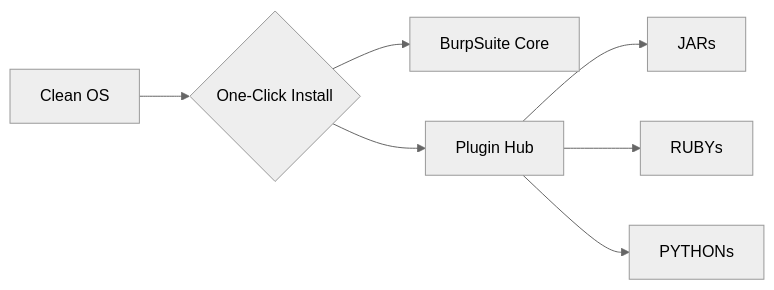
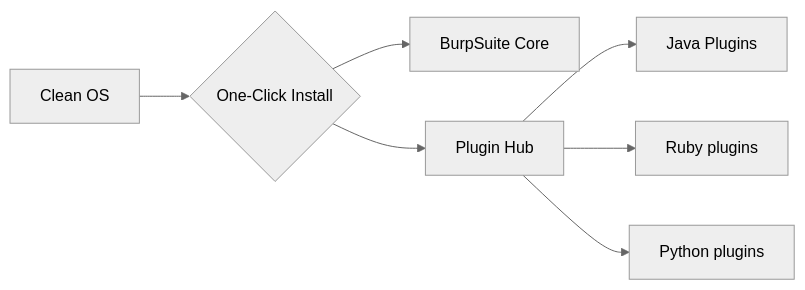
The diagram in README.md (oneclick-burp/BurpFusion-Core), drawn with Mermaid (neutral theme) before and after one commit. The commit also changed other lines of this file, not shown here.

````diff
--- a/README.md
+++ b/README.md
@@ -40,9 +40,9 @@
 ```mermaid
 graph LR
 A[Clean OS] --> B{One-Click Install}
 B --> C[BurpSuite Core]
 B --> D[Plugin Hub]
-D --> E[JARs]
-D --> F[RUBYs]
-D --> G[PYTHONs]
+D --> E[Java Plugins]
+D --> F[Ruby plugins]
+D --> G[Python plugins]
 ```
````
